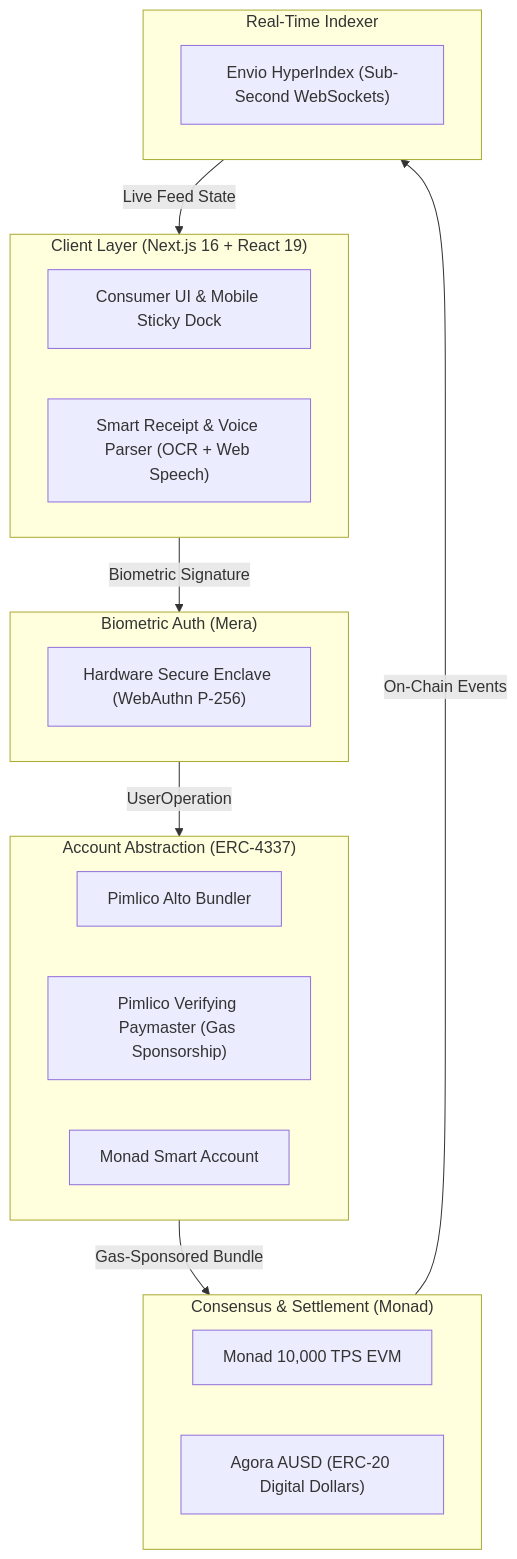
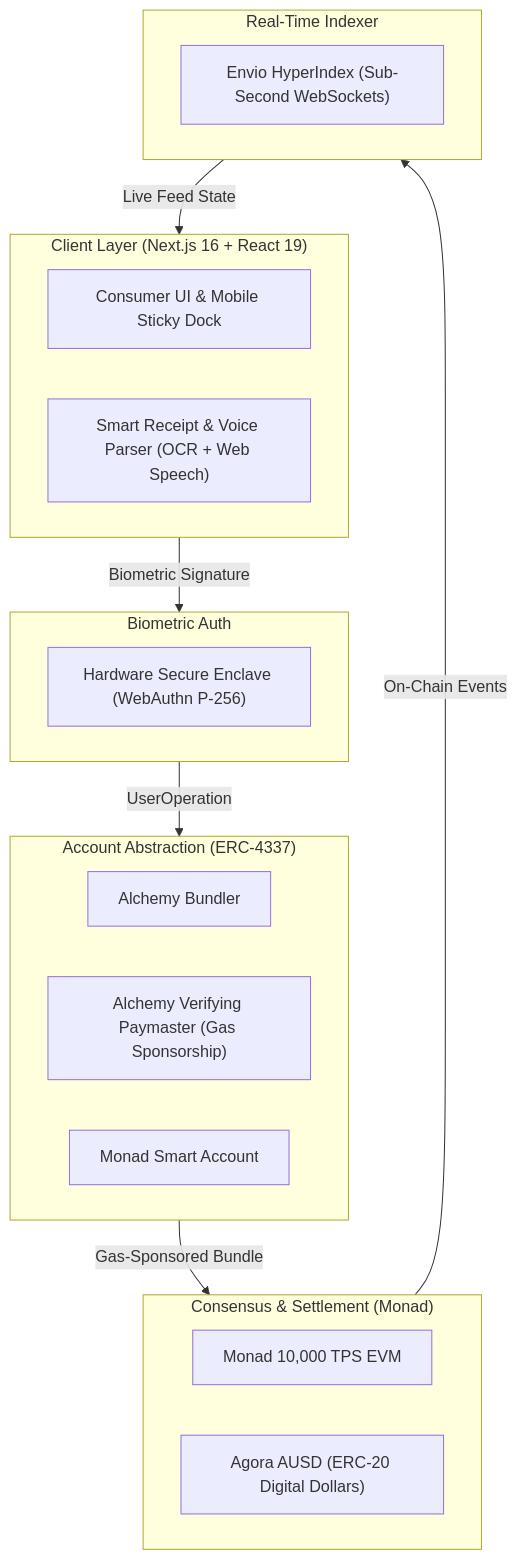
The diagram in README.md (miracles2motion/Mesh-Tab), drawn with Mermaid before and after one commit. The commit also changed other lines of this file and 43 other files, not shown here.

````diff
--- a/README.md
+++ b/README.md
@@ -42,32 +42,32 @@
 ```mermaid
 graph TD
     subgraph Client ["Client Layer (Next.js 16 + React 19)"]
         UI["Consumer UI & Mobile Sticky Dock"]
         PARSER["Smart Receipt & Voice Parser (OCR + Web Speech)"]
     end
 
-    subgraph Auth ["Biometric Auth (Mera)"]
+    subgraph Auth ["Biometric Auth"]
         Passkey["Hardware Secure Enclave (WebAuthn P-256)"]
     end
 
     subgraph AA ["Account Abstraction (ERC-4337)"]
-        Bundler["Pimlico Alto Bundler"]
-        Paymaster["Pimlico Verifying Paymaster (Gas Sponsorship)"]
+        Bundler["Alchemy Bundler"]
+        Paymaster["Alchemy Verifying Paymaster (Gas Sponsorship)"]
         SmartAccount["Monad Smart Account"]
     end
 
     subgraph Network ["Consensus & Settlement (Monad)"]
         MonadEVM["Monad 10,000 TPS EVM"]
         AUSD["Agora AUSD (ERC-20 Digital Dollars)"]
     end
 
     subgraph Sync ["Real-Time Indexer"]
         Envio["Envio HyperIndex (Sub-Second WebSockets)"]
     end
 
     Client -->|Biometric Signature| Auth
     Auth -->|UserOperation| AA
     AA -->|Gas-Sponsored Bundle| Network
     Network -->|On-Chain Events| Sync
     Sync -->|Live Feed State| Client
 ```
````
